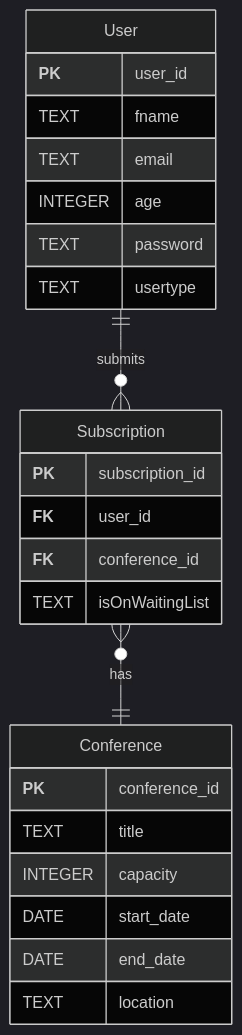
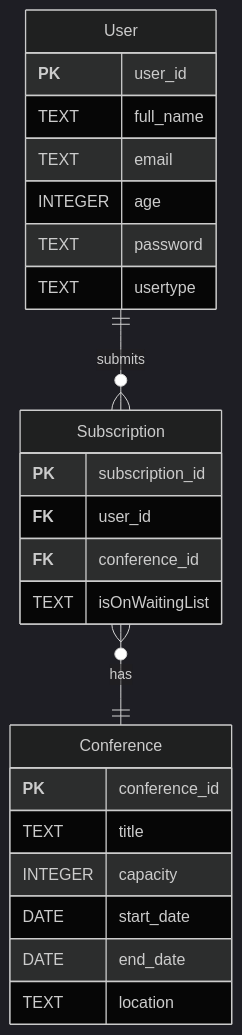
Before and after one commit to m-bernardin/Patterns-LIA: the diagram in deliverable1.md, drawn with Mermaid (dark theme).

Commit message:
Rename 'fname' to 'full_name' in user schema.
Inorder to avoid confusion with "first name"

````diff
--- a/deliverable1.md
+++ b/deliverable1.md
@@ -15,32 +15,32 @@
 ```mermaid
 erDiagram
 
     User ||--O{ Subscription : submits
     Subscription }O--|| Conference : has
 
     User {
         **PK** user_id
-        TEXT fname
+        TEXT full_name
         TEXT email
         INTEGER age
         TEXT password
         TEXT usertype
         
     }
 
     Subscription {
         **PK** subscription_id
         **FK** user_id
         **FK** conference_id
         TEXT isOnWaitingList
     }
 
     Conference {
         **PK** conference_id
         TEXT title
         INTEGER capacity
         DATE start_date
         DATE end_date
         TEXT location
     }
 ```
````
